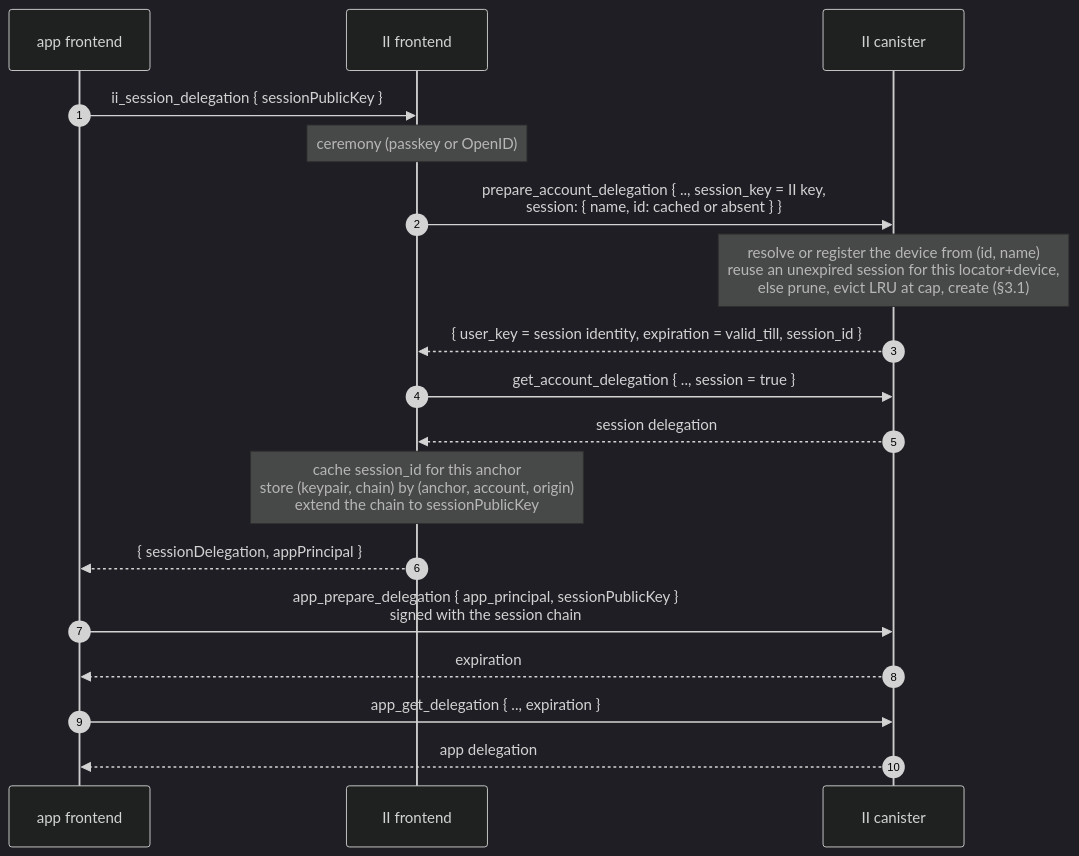
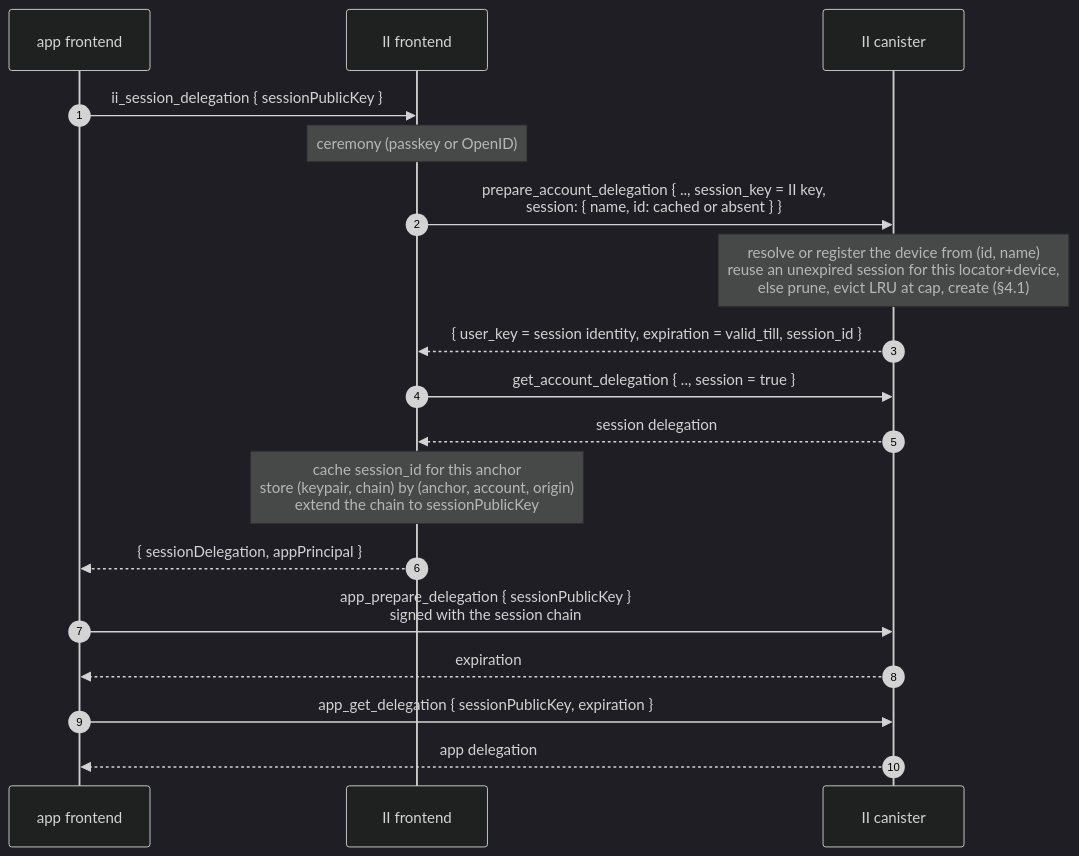
One commit to dfinity/internet-identity changed the third of 7 diagrams in docs/ongoing/revocable-app-sessions.md. Above: the diagram before and after it, drawn with Mermaid (dark theme). The commit also changed other lines of this file, not shown here.

````diff
--- a/docs/ongoing/revocable-app-sessions.md
+++ b/docs/ongoing/revocable-app-sessions.md
@@ -268,20 +273,20 @@
 ```mermaid
 sequenceDiagram
     autonumber
     participant App as app frontend
     participant IIF as II frontend
     participant IIC as II canister
     App->>IIF: ii_session_delegation { sessionPublicKey }
     Note over IIF: ceremony (passkey or OpenID)
     IIF->>IIC: prepare_account_delegation { .., session_key = II key,<br/>session: { name, id: cached or absent } }
-    Note over IIC: resolve or register the device from (id, name)<br/>reuse an unexpired session for this locator+device,<br/>else prune, evict LRU at cap, create (§3.1)
+    Note over IIC: resolve or register the device from (id, name)<br/>reuse an unexpired session for this locator+device,<br/>else prune, evict LRU at cap, create (§4.1)
     IIC-->>IIF: { user_key = session identity, expiration = valid_till, session_id }
     IIF->>IIC: get_account_delegation { .., session = true }
     IIC-->>IIF: session delegation
     Note over IIF: cache session_id for this anchor<br/>store (keypair, chain) by (anchor, account, origin)<br/>extend the chain to sessionPublicKey
     IIF-->>App: { sessionDelegation, appPrincipal }
-    App->>IIC: app_prepare_delegation { app_principal, sessionPublicKey }<br/>signed with the session chain
+    App->>IIC: app_prepare_delegation { sessionPublicKey }<br/>signed with the session chain
     IIC-->>App: expiration
-    App->>IIC: app_get_delegation { .., expiration }
+    App->>IIC: app_get_delegation { sessionPublicKey, expiration }
     IIC-->>App: app delegation
 ```
````
